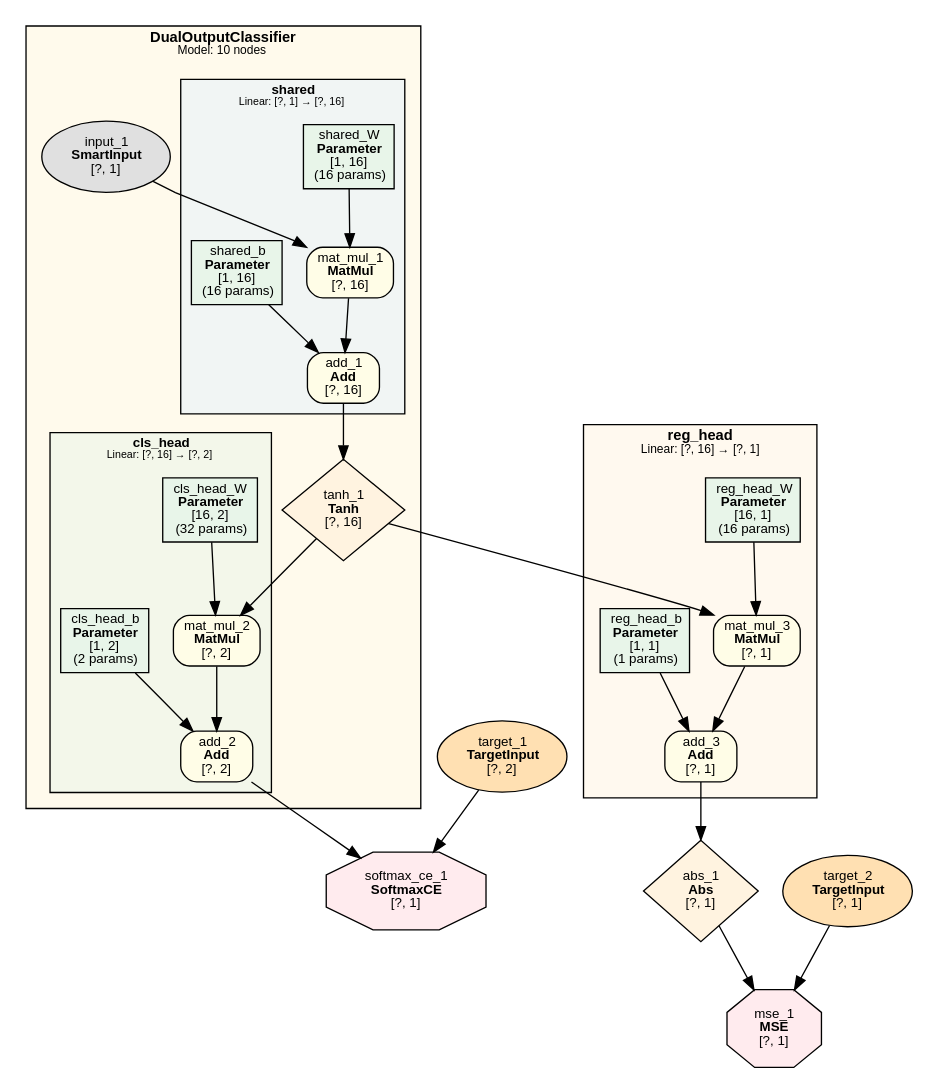
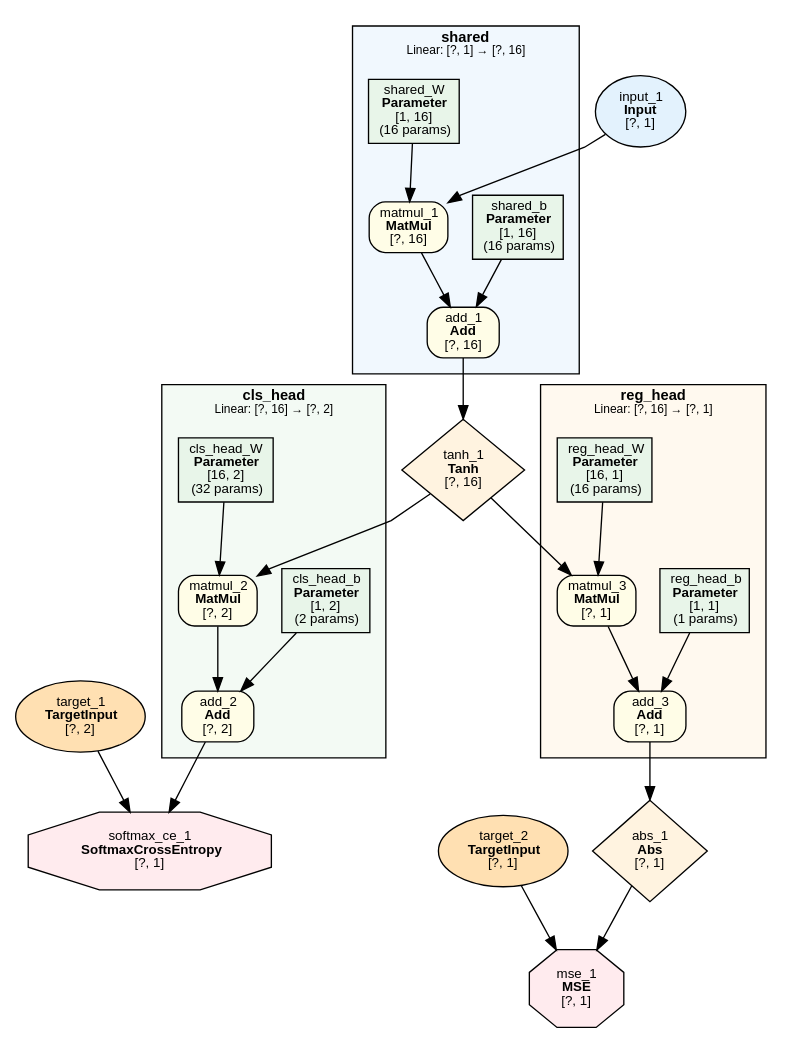
Before and after one commit to dbsxdbsx/only_torch: the diagram in examples/dual_output_classify/dual_output_classify.dot, drawn with Graphviz. The commit also changed 17 other files, not shown here.

```diff
--- a/examples/dual_output_classify/dual_output_classify.dot
+++ b/examples/dual_output_classify/dual_output_classify.dot
@@ -1,80 +1,73 @@
-digraph Model {
+digraph ComputeGraph {
     rankdir=TB;
     newrank=true;
     splines=polyline;
     node [fontname="Microsoft YaHei,SimHei,Arial"];
     edge [fontname="Microsoft YaHei,SimHei,Arial"];
 
-    subgraph cluster_DualOutputClassifier {
-        label=<<B>DualOutputClassifier</B><BR/><FONT POINT-SIZE="9">Model: 10 nodes</FONT>>;
+    subgraph cluster_shared {
+        label=<<B>shared</B><BR/><FONT POINT-SIZE="9">Linear: [?, 1] → [?, 16]</FONT>>;
         style=filled;
-        fillcolor="#FFECB340";
+        fillcolor="#E3F2FD80";
         fontname="Microsoft YaHei,SimHei,Arial";
         fontsize=11;
         margin=12;
-        subgraph cluster_DualOutputClassifier_shared {
-            label=<<B>shared</B><BR/><FONT POINT-SIZE="8">Linear: [?, 1] → [?, 16]</FONT>>;
-            style=filled;
-            fillcolor="#E3F2FD80";
-            fontname="Microsoft YaHei,SimHei,Arial";
-            fontsize=10;
-            margin=8;
+            "195189" [label=<add_1<BR/><B>Add</B><BR/>[?, 16]> shape=box style="filled,rounded" fillcolor="#FFFDE7" fontsize=10];
+            "195188" [label=<matmul_1<BR/><B>MatMul</B><BR/>[?, 16]> shape=box style="filled,rounded" fillcolor="#FFFDE7" fontsize=10];
+            "2" [label=<shared_b<BR/><B>Parameter</B><BR/>[1, 16]<BR/>(16 params)> shape=box style=filled fillcolor="#E8F5E9" fontsize=10];
             "1" [label=<shared_W<BR/><B>Parameter</B><BR/>[1, 16]<BR/>(16 params)> shape=box style=filled fillcolor="#E8F5E9" fontsize=10];
-            "2" [label=<shared_b<BR/><B>Parameter</B><BR/>[1, 16]<BR/>(16 params)> shape=box style=filled fillcolor="#E8F5E9" fontsize=10];
-            "8" [label=<mat_mul_1<BR/><B>MatMul</B><BR/>[?, 16]> shape=box style="filled,rounded" fillcolor="#FFFDE7" fontsize=10];
-            "9" [label=<add_1<BR/><B>Add</B><BR/>[?, 16]> shape=box style="filled,rounded" fillcolor="#FFFDE7" fontsize=10];
-        }
-        subgraph cluster_DualOutputClassifier_cls_head {
-            label=<<B>cls_head</B><BR/><FONT POINT-SIZE="8">Linear: [?, 16] → [?, 2]</FONT>>;
-            style=filled;
-            fillcolor="#E8F5E980";
-            fontname="Microsoft YaHei,SimHei,Arial";
-            fontsize=10;
-            margin=8;
+    }
+
+    subgraph cluster_cls_head {
+        label=<<B>cls_head</B><BR/><FONT POINT-SIZE="9">Linear: [?, 16] → [?, 2]</FONT>>;
+        style=filled;
+        fillcolor="#E8F5E980";
+        fontname="Microsoft YaHei,SimHei,Arial";
+        fontsize=11;
+        margin=12;
+            "195192" [label=<add_2<BR/><B>Add</B><BR/>[?, 2]> shape=box style="filled,rounded" fillcolor="#FFFDE7" fontsize=10];
+            "195191" [label=<matmul_2<BR/><B>MatMul</B><BR/>[?, 2]> shape=box style="filled,rounded" fillcolor="#FFFDE7" fontsize=10];
+            "4" [label=<cls_head_b<BR/><B>Parameter</B><BR/>[1, 2]<BR/>(2 params)> shape=box style=filled fillcolor="#E8F5E9" fontsize=10];
             "3" [label=<cls_head_W<BR/><B>Parameter</B><BR/>[16, 2]<BR/>(32 params)> shape=box style=filled fillcolor="#E8F5E9" fontsize=10];
-            "4" [label=<cls_head_b<BR/><B>Parameter</B><BR/>[1, 2]<BR/>(2 params)> shape=box style=filled fillcolor="#E8F5E9" fontsize=10];
-            "11" [label=<mat_mul_2<BR/><B>MatMul</B><BR/>[?, 2]> shape=box style="filled,rounded" fillcolor="#FFFDE7" fontsize=10];
-            "12" [label=<add_2<BR/><B>Add</B><BR/>[?, 2]> shape=box style="filled,rounded" fillcolor="#FFFDE7" fontsize=10];
-        }
-            "7" [label=<input_1<BR/><B>SmartInput</B><BR/>[?, 1]> shape=ellipse style=filled fillcolor="#E0E0E0" fontsize=10];
-            "10" [label=<tanh_1<BR/><B>Tanh</B><BR/>[?, 16]> shape=diamond style=filled fillcolor="#FFF3E0" fontsize=10];
     }
 
     subgraph cluster_reg_head {
         label=<<B>reg_head</B><BR/><FONT POINT-SIZE="9">Linear: [?, 16] → [?, 1]</FONT>>;
         style=filled;
         fillcolor="#FFF3E080";
         fontname="Microsoft YaHei,SimHei,Arial";
         fontsize=11;
         margin=12;
+            "195194" [label=<add_3<BR/><B>Add</B><BR/>[?, 1]> shape=box style="filled,rounded" fillcolor="#FFFDE7" fontsize=10];
+            "195193" [label=<matmul_3<BR/><B>MatMul</B><BR/>[?, 1]> shape=box style="filled,rounded" fillcolor="#FFFDE7" fontsize=10];
+            "6" [label=<reg_head_b<BR/><B>Parameter</B><BR/>[1, 1]<BR/>(1 params)> shape=box style=filled fillcolor="#E8F5E9" fontsize=10];
             "5" [label=<reg_head_W<BR/><B>Parameter</B><BR/>[16, 1]<BR/>(16 params)> shape=box style=filled fillcolor="#E8F5E9" fontsize=10];
-            "6" [label=<reg_head_b<BR/><B>Parameter</B><BR/>[1, 1]<BR/>(1 params)> shape=box style=filled fillcolor="#E8F5E9" fontsize=10];
-            "13" [label=<mat_mul_3<BR/><B>MatMul</B><BR/>[?, 1]> shape=box style="filled,rounded" fillcolor="#FFFDE7" fontsize=10];
-            "14" [label=<add_3<BR/><B>Add</B><BR/>[?, 1]> shape=box style="filled,rounded" fillcolor="#FFFDE7" fontsize=10];
     }
 
-    "15" [label=<abs_1<BR/><B>Abs</B><BR/>[?, 1]> shape=diamond style=filled fillcolor="#FFF3E0" fontsize=10];
-    "16" [label=<target_1<BR/><B>TargetInput</B><BR/>[?, 2]> shape=ellipse style=filled fillcolor="#FFE0B2" fontsize=10];
-    "17" [label=<softmax_ce_1<BR/><B>SoftmaxCE</B><BR/>[?, 1]> shape=octagon style=filled fillcolor="#FFEBEE" fontsize=10];
-    "18" [label=<target_2<BR/><B>TargetInput</B><BR/>[?, 1]> shape=ellipse style=filled fillcolor="#FFE0B2" fontsize=10];
-    "19" [label=<mse_1<BR/><B>MSE</B><BR/>[?, 1]> shape=octagon style=filled fillcolor="#FFEBEE" fontsize=10];
+    "195197" [label=<softmax_ce_1<BR/><B>SoftmaxCrossEntropy</B><BR/>[?, 1]> shape=octagon style=filled fillcolor="#FFEBEE" fontsize=10];
+    "195199" [label=<mse_1<BR/><B>MSE</B><BR/>[?, 1]> shape=octagon style=filled fillcolor="#FFEBEE" fontsize=10];
+    "195196" [label=<target_1<BR/><B>TargetInput</B><BR/>[?, 2]> shape=ellipse style=filled fillcolor="#FFE0B2" fontsize=10];
+    "195195" [label=<abs_1<BR/><B>Abs</B><BR/>[?, 1]> shape=diamond style=filled fillcolor="#FFF3E0" fontsize=10];
+    "195198" [label=<target_2<BR/><B>TargetInput</B><BR/>[?, 1]> shape=ellipse style=filled fillcolor="#FFE0B2" fontsize=10];
+    "195190" [label=<tanh_1<BR/><B>Tanh</B><BR/>[?, 16]> shape=diamond style=filled fillcolor="#FFF3E0" fontsize=10];
+    "195187" [label=<input_1<BR/><B>Input</B><BR/>[?, 1]> shape=ellipse style=filled fillcolor="#E3F2FD" fontsize=10];
 
-    "7" -> "8";
-    "1" -> "8";
-    "8" -> "9";
-    "2" -> "9";
-    "9" -> "10";
-    "10" -> "11";
-    "3" -> "11";
-    "11" -> "12";
-    "4" -> "12";
-    "10" -> "13";
-    "5" -> "13";
-    "13" -> "14";
-    "6" -> "14";
-    "14" -> "15";
-    "12" -> "17";
-    "16" -> "17";
-    "15" -> "19";
-    "18" -> "19";
+    "195192" -> "195197";
+    "195196" -> "195197";
+    "195195" -> "195199";
+    "195198" -> "195199";
+    "195191" -> "195192";
+    "4" -> "195192";
+    "195194" -> "195195";
+    "195190" -> "195191";
+    "3" -> "195191";
+    "195193" -> "195194";
+    "6" -> "195194";
+    "195189" -> "195190";
+    "195190" -> "195193";
+    "5" -> "195193";
+    "195188" -> "195189";
+    "2" -> "195189";
+    "195187" -> "195188";
+    "1" -> "195188";
 }
```
